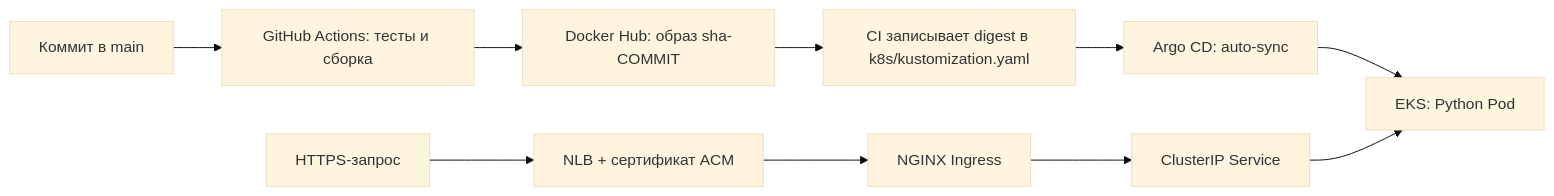
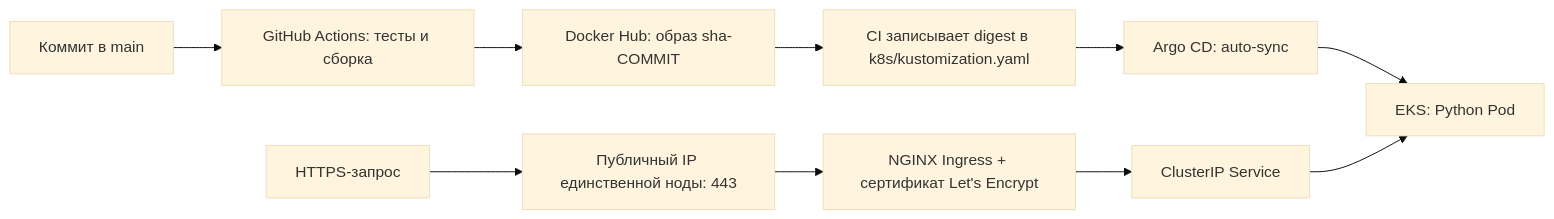
Before and after one commit to fate-it/FinalDanProject: the diagram in README.md, drawn with Mermaid (base theme). The commit also changed other lines of this file and 13 other files, not shown here.

Commit message:
Expose the single EKS node with nginx and Let's Encrypt TLS

````diff
--- a/README.md
+++ b/README.md
@@ -18,12 +18,12 @@
 ```mermaid
 flowchart LR
   Git[Коммит в main] --> CI[GitHub Actions: тесты и сборка]
   CI --> Hub[Docker Hub: образ sha-COMMIT]
   Hub --> Digest[CI записывает digest в k8s/kustomization.yaml]
   Digest --> Argo[Argo CD: auto-sync]
   Argo --> Pod[EKS: Python Pod]
-  User[HTTPS-запрос] --> NLB[NLB + сертификат ACM]
-  NLB --> NGINX[NGINX Ingress]
+  User[HTTPS-запрос] --> Node[Публичный IP единственной ноды: 443]
+  Node --> NGINX[NGINX Ingress + сертификат Let's Encrypt]
   NGINX --> Service[ClusterIP Service]
   Service --> Pod
 ```
````
